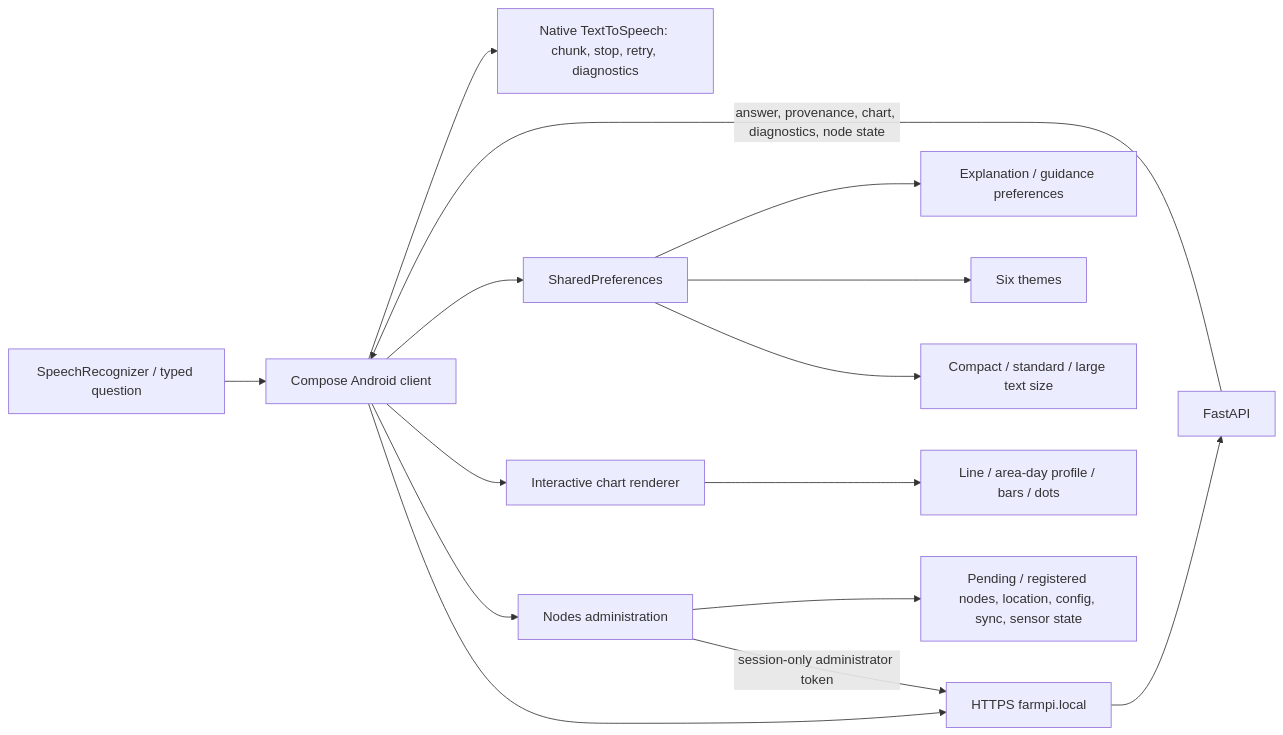
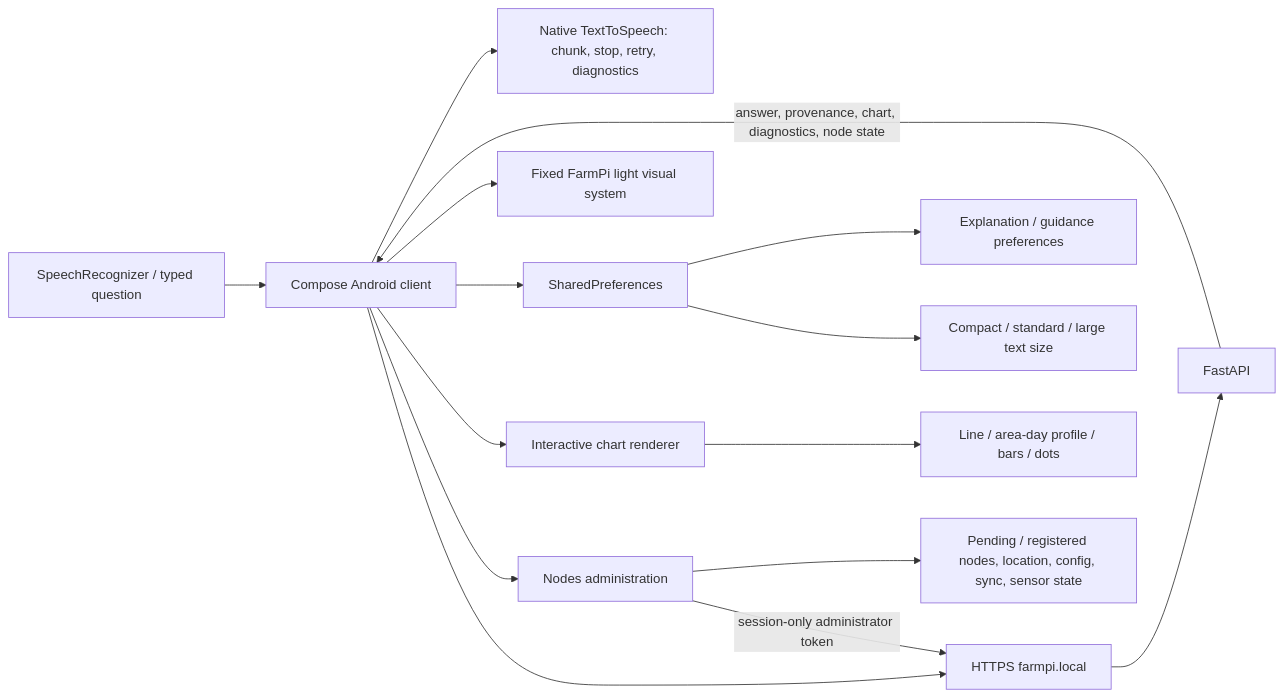
One commit to w0rmy/farmpi changed the diagram in docs/diagrams/android-architecture.mmd. Above: the diagram before and after it, drawn with Mermaid.

Commit message:
docs: show fixed Android visual system

```diff
--- a/docs/diagrams/android-architecture.mmd
+++ b/docs/diagrams/android-architecture.mmd
@@ -1,15 +1,15 @@
 flowchart LR
   V[SpeechRecognizer / typed question] --> U[Compose Android client]
   U --> H[HTTPS farmpi.local]
   H --> F[FastAPI]
   F -->|answer, provenance, chart, diagnostics, node state| U
   U --> T[Native TextToSpeech: chunk, stop, retry, diagnostics]
   U --> P[SharedPreferences]
   P --> S[Explanation / guidance preferences]
-  P --> C[Six themes]
+  U --> C[Fixed FarmPi light visual system]
   P --> Z[Compact / standard / large text size]
   U --> G[Interactive chart renderer]
   G --> M[Line / area-day profile / bars / dots]
   U --> N[Nodes administration]
   N -->|session-only administrator token| H
   N --> R[Pending / registered nodes, location, config, sync, sensor state]
```
